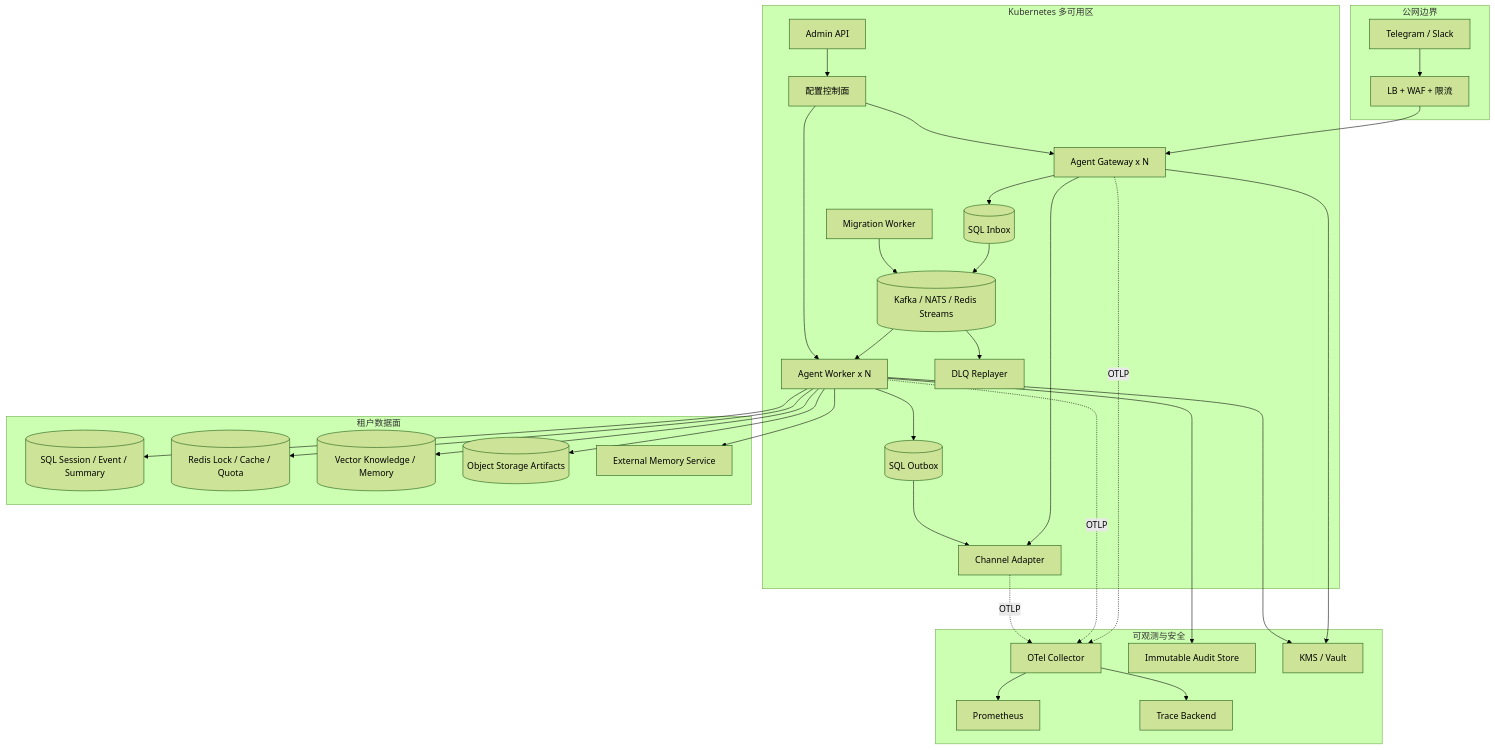
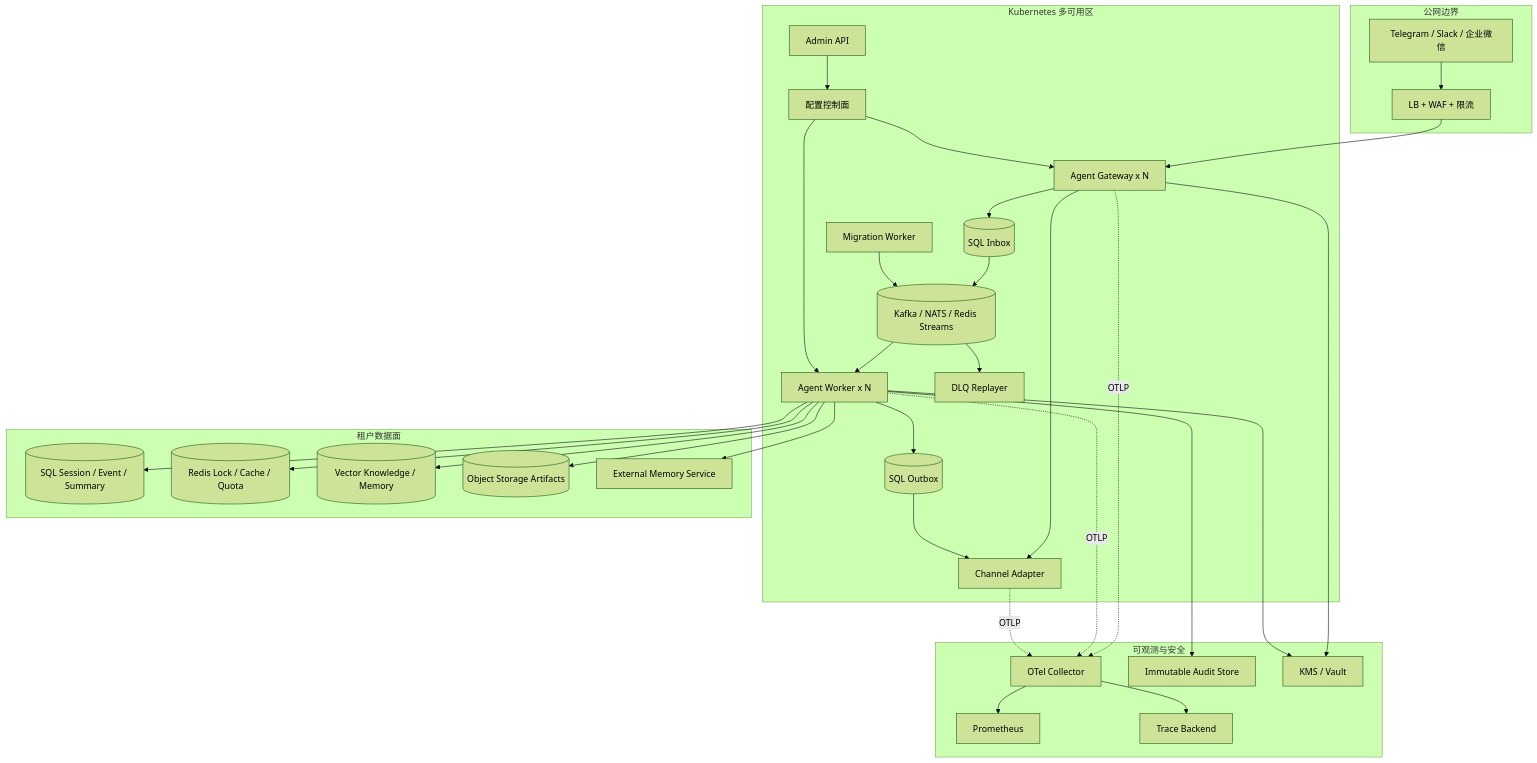
One commit to cyl6/trpc-agent-service changed the second of 5 diagrams in docs/architecture.md. Above: the diagram before and after it, drawn with Mermaid (forest theme). The commit also changed other lines of this file and 868 other files, not shown here.

````diff
--- a/docs/architecture.md
+++ b/docs/architecture.md
@@ -73,60 +74,60 @@
 ```mermaid
 flowchart TB
     subgraph Edge[公网边界]
-      IM1[Telegram / Slack]
+      IM1[Telegram / Slack / 企业微信]
       WAF[LB + WAF + 限流]
       IM1 --> WAF
     end
 
     subgraph K8S[Kubernetes 多可用区]
       GW[Agent Gateway x N]
       AD[Channel Adapter]
       API[Admin API]
       WK[Agent Worker x N]
       MIG[Migration Worker]
       DLQ[DLQ Replayer]
       WAF --> GW
       GW --> AD
       API --> CFG[配置控制面]
       GW --> INBOX[(SQL Inbox)]
       INBOX --> BUS[(Kafka / NATS / Redis Streams)]
       BUS --> WK
       WK --> OUTBOX[(SQL Outbox)]
       OUTBOX --> AD
       BUS --> DLQ
       CFG --> GW
       CFG --> WK
       MIG --> BUS
     end
 
     subgraph Data[租户数据面]
       SQL[(SQL Session / Event / Summary)]
       REDIS[(Redis Lock / Cache / Quota)]
       VECTOR[(Vector Knowledge / Memory)]
       OBJECT[(Object Storage Artifacts)]
       EXT[External Memory Service]
     end
 
     WK --> SQL
     WK --> REDIS
     WK --> VECTOR
     WK --> OBJECT
     WK --> EXT
 
     subgraph Obs[可观测与安全]
       OTEL[OTel Collector]
       PROM[Prometheus]
       TRACE[Trace Backend]
       LOG[Immutable Audit Store]
       VAULT[KMS / Vault]
     end
 
     GW -. OTLP .-> OTEL
     WK -. OTLP .-> OTEL
     AD -. OTLP .-> OTEL
     OTEL --> PROM
     OTEL --> TRACE
     WK --> LOG
     GW --> VAULT
     WK --> VAULT
 ```
````
